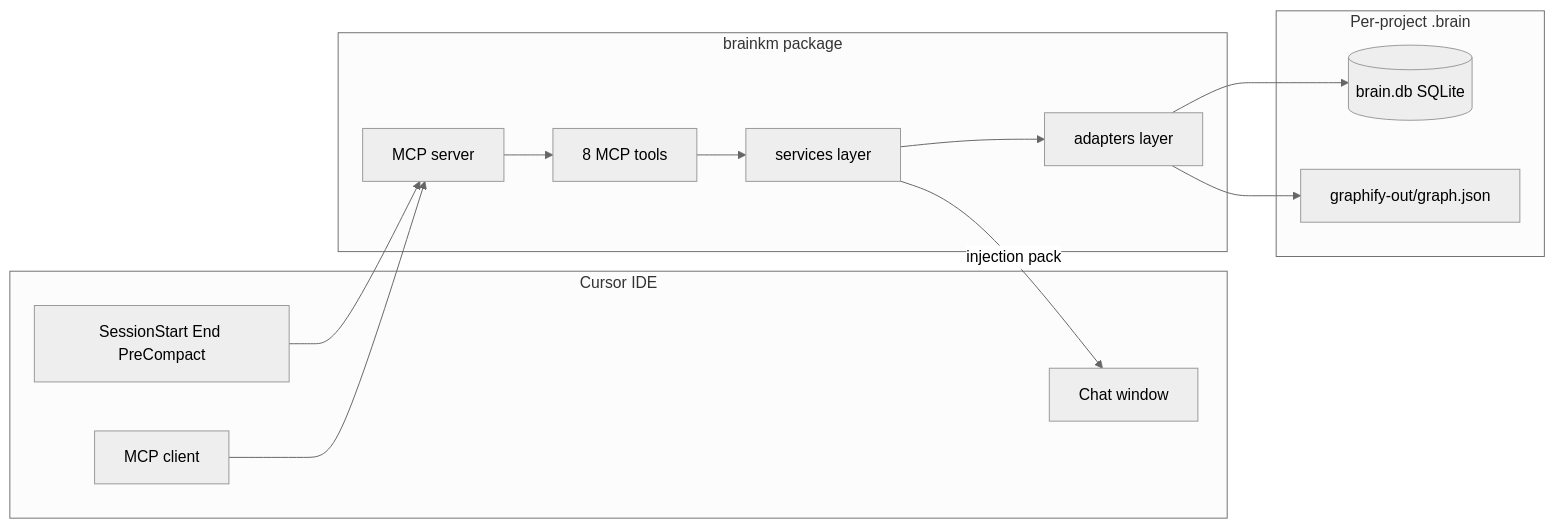
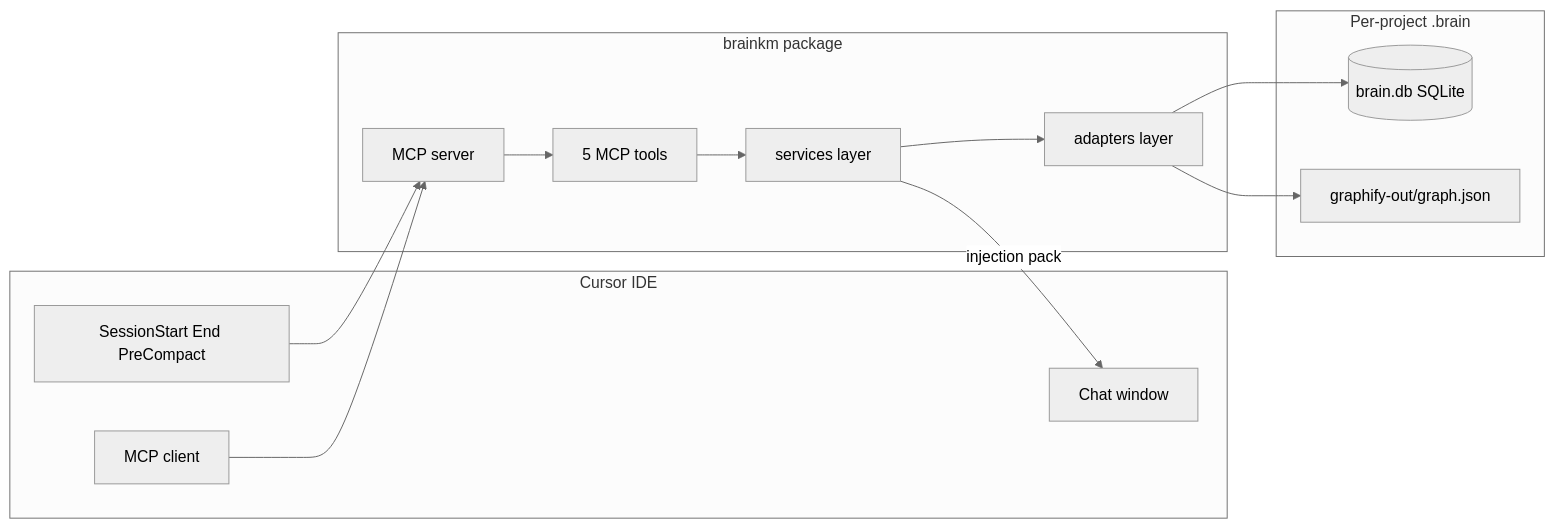
The first of 2 diagrams in docs/AI_PROJECT_BRIEF.md (noyal1234/MemNetwork), drawn with Mermaid (neutral theme) before and after one commit. The commit also changed other lines of this file and 35 other files, not shown here.

````diff
--- a/docs/AI_PROJECT_BRIEF.md
+++ b/docs/AI_PROJECT_BRIEF.md
@@ -34,27 +34,27 @@
 ```mermaid
 flowchart LR
   subgraph cursor [Cursor IDE]
     Chat[Chat window]
     Hooks[SessionStart End PreCompact]
     MCP[MCP client]
   end
 
   subgraph brainkm_pkg [brainkm package]
     Server[MCP server]
-    Tools[8 MCP tools]
+    Tools[5 MCP tools]
     Services[services layer]
     Adapters[adapters layer]
   end
 
   subgraph storage [Per-project .brain]
     DB[(brain.db SQLite)]
     Graph[graphify-out/graph.json]
   end
 
   Hooks --> Server
   MCP --> Server
   Server --> Tools --> Services --> Adapters
   Adapters --> DB
   Adapters --> Graph
   Services -->|"injection pack"| Chat
 ```
````
